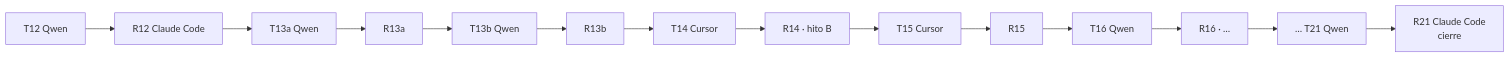
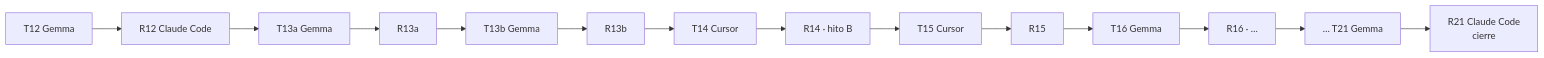
Before and after one commit to bigfito/elastiflix-reloaded: the first of 2 diagrams in data-quality/PLAN.md, drawn with Mermaid. The commit also changed other lines of this file and 6 other files, not shown here.

First line of the commit message:
Corrige el ejecutor nuevo: Gemma 4 E4B en OpenCode, no Qwen 3.5 9B (P-15)

````diff
--- a/data-quality/PLAN.md
+++ b/data-quality/PLAN.md
@@ -85,5 +85,5 @@
 ```mermaid
 flowchart LR
-  Q12["T12 Qwen"] --> R12["R12 Claude Code"] --> Q13a["T13a Qwen"] --> R13a["R13a"] --> Q13b["T13b Qwen"] --> R13b["R13b"] --> C14["T14 Cursor"] --> R14["R14 · hito B"]
-  R14 --> C15["T15 Cursor"] --> R15["R15"] --> Q16["T16 Qwen"] --> R16["R16 · …"] --> F["… T21 Qwen"] --> R21["R21 Claude Code<br/>cierre"]
+  Q12["T12 Gemma"] --> R12["R12 Claude Code"] --> Q13a["T13a Gemma"] --> R13a["R13a"] --> Q13b["T13b Gemma"] --> R13b["R13b"] --> C14["T14 Cursor"] --> R14["R14 · hito B"]
+  R14 --> C15["T15 Cursor"] --> R15["R15"] --> Q16["T16 Gemma"] --> R16["R16 · …"] --> F["… T21 Gemma"] --> R21["R21 Claude Code<br/>cierre"]
 ```
````
